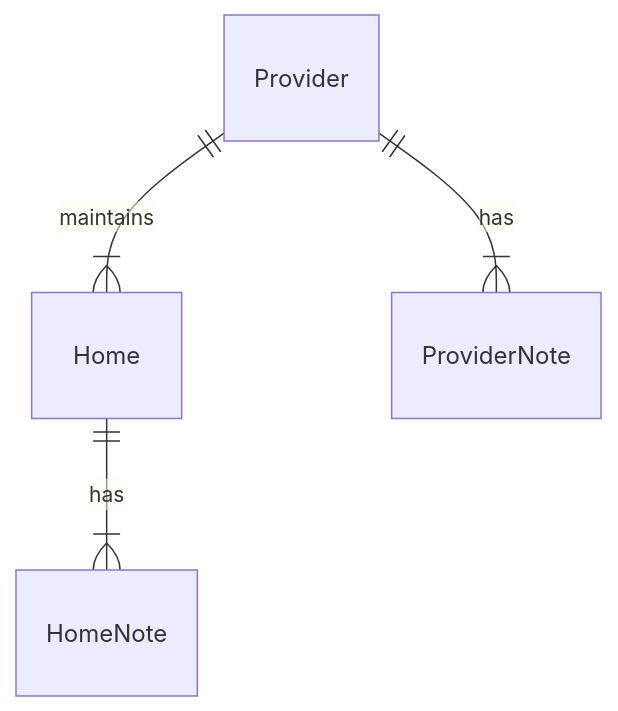
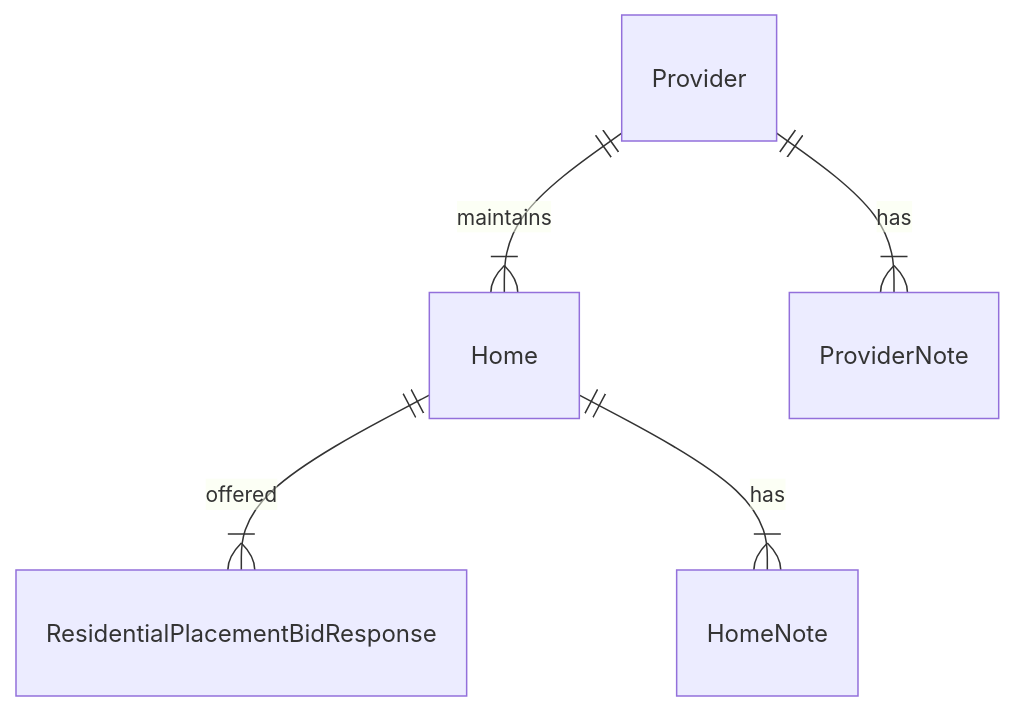
The eighth of 8 diagrams in README.md (placementdatacollaboration/cpp_data_model), drawn with Mermaid before and after one commit. The commit also changed other lines of this file, not shown here.

Commit message:
Untangled residential bid diagram, added connecting table to Provider section

````diff
--- a/README.md
+++ b/README.md
@@ -90,6 +91,7 @@
 ```mermaid
 erDiagram
+    Home ||--|{ ResidentialPlacementBidResponse : offered
     Provider ||--|{ Home  : maintains
     Home ||--|{ HomeNote : has
     Provider ||--|{ ProviderNote : has
 ```
````
